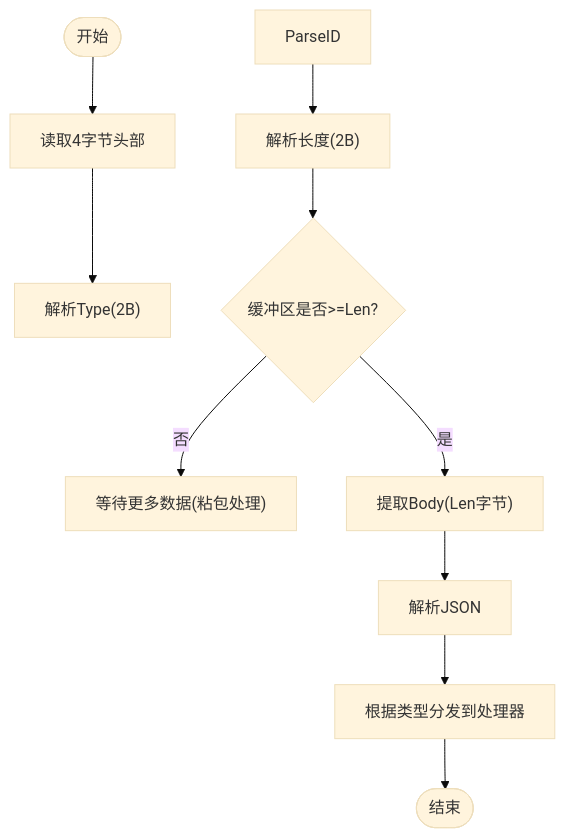
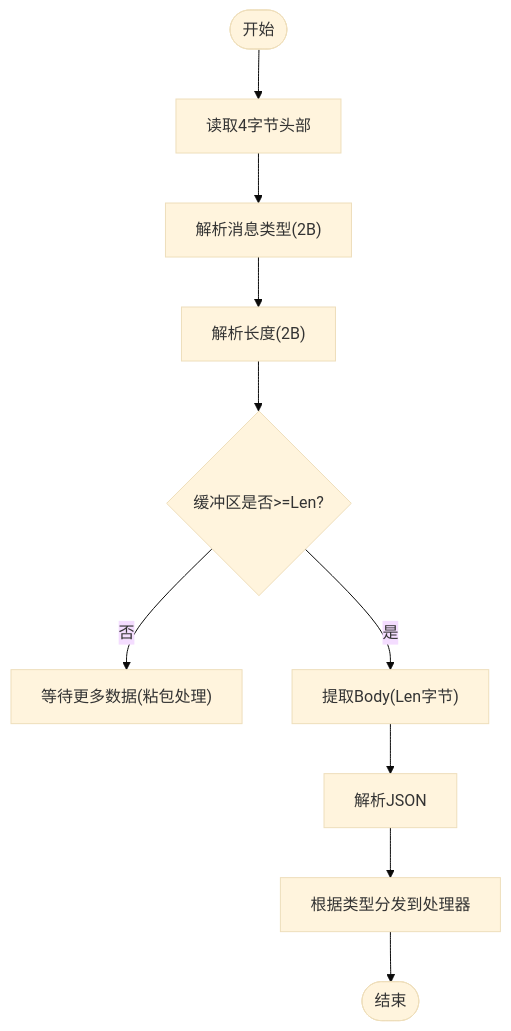
One commit to echo9923/mychatter changed the third of 10 diagrams in .qoder/repowiki/zh/content/网络通信/TCP通信协议/TCP消息协议/消息帧格式规范.md. Above: the diagram before and after it, drawn with Mermaid (base theme). The commit also changed other lines of this file and 132 other files, not shown here.

````diff
--- a/.qoder/repowiki/zh/content/网络通信/TCP通信协议/TCP消息协议/消息帧格式规范.md
+++ b/.qoder/repowiki/zh/content/网络通信/TCP通信协议/TCP消息协议/消息帧格式规范.md
@@ -131,12 +150,12 @@
 ```mermaid
 flowchart TD
 Start(["开始"]) --> ReadHead["读取4字节头部"]
-ReadHead --> ParseType["解析Type(2B)"]
-ParseID --> ParseLen["解析长度(2B)"]
+ReadHead --> ParseType["解析消息类型(2B)"]
+ParseType --> ParseLen["解析长度(2B)"]
 ParseLen --> CheckBuf{"缓冲区是否>=Len?"}
 CheckBuf -- "否" --> WaitMore["等待更多数据(粘包处理)"]
 CheckBuf -- "是" --> ExtractBody["提取Body(Len字节)"]
 ExtractBody --> ParseJSON["解析JSON"]
 ParseJSON --> Dispatch["根据类型分发到处理器"]
 Dispatch --> End(["结束"])
 ```
````
